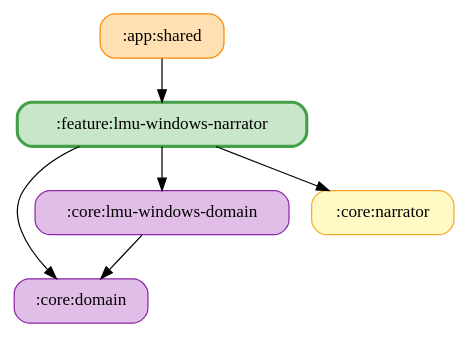
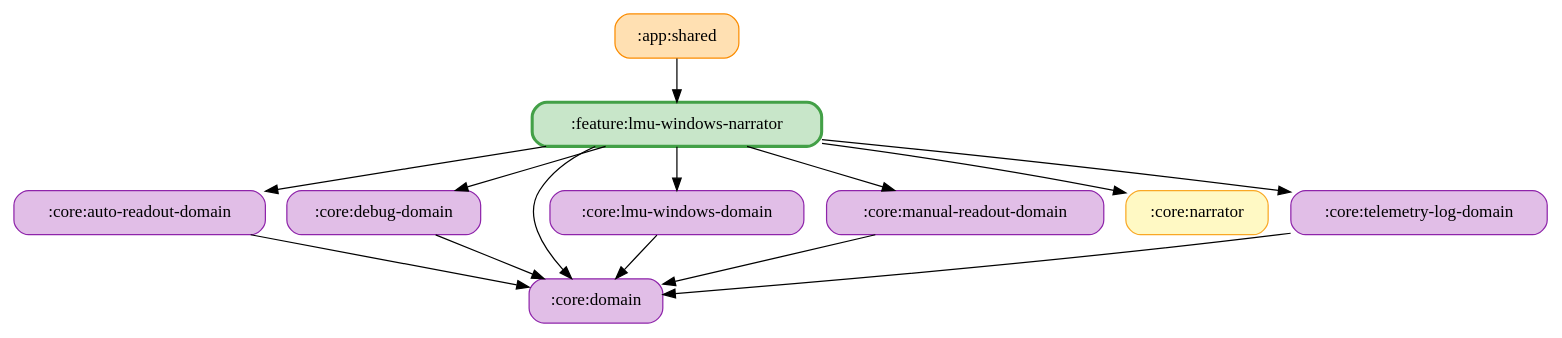
The diagram in docs/graphs/feature-lmu-windows-narrator.gv (ai-kurou/KoDriver), drawn with Graphviz before and after one commit. The commit also changed 1047 other files, not shown here.

```diff
--- a/docs/graphs/feature-lmu-windows-narrator.gv
+++ b/docs/graphs/feature-lmu-windows-narrator.gv
@@ -1,14 +1,26 @@
 digraph G {
   rankdir=TB
   node [shape=box, style="rounded,filled"]
   ":app:shared" [fillcolor="#FFE0B2", color="#FB8C00", penwidth=1]
+  ":core:auto-readout-domain" [fillcolor="#E1BEE7", color="#8E24AA", penwidth=1]
+  ":core:debug-domain" [fillcolor="#E1BEE7", color="#8E24AA", penwidth=1]
   ":core:domain" [fillcolor="#E1BEE7", color="#8E24AA", penwidth=1]
   ":core:lmu-windows-domain" [fillcolor="#E1BEE7", color="#8E24AA", penwidth=1]
+  ":core:manual-readout-domain" [fillcolor="#E1BEE7", color="#8E24AA", penwidth=1]
   ":core:narrator" [fillcolor="#FFF9C4", color="#F9A825", penwidth=1]
+  ":core:telemetry-log-domain" [fillcolor="#E1BEE7", color="#8E24AA", penwidth=1]
   ":feature:lmu-windows-narrator" [fillcolor="#C8E6C9", color="#43A047", penwidth=2.5]
   ":app:shared" -> ":feature:lmu-windows-narrator"
+  ":core:auto-readout-domain" -> ":core:domain"
+  ":core:debug-domain" -> ":core:domain"
   ":core:lmu-windows-domain" -> ":core:domain"
+  ":core:manual-readout-domain" -> ":core:domain"
+  ":core:telemetry-log-domain" -> ":core:domain"
   ":feature:lmu-windows-narrator" -> ":core:domain"
+  ":feature:lmu-windows-narrator" -> ":core:auto-readout-domain"
+  ":feature:lmu-windows-narrator" -> ":core:telemetry-log-domain"
   ":feature:lmu-windows-narrator" -> ":core:lmu-windows-domain"
+  ":feature:lmu-windows-narrator" -> ":core:debug-domain"
+  ":feature:lmu-windows-narrator" -> ":core:manual-readout-domain"
   ":feature:lmu-windows-narrator" -> ":core:narrator"
 }
```
